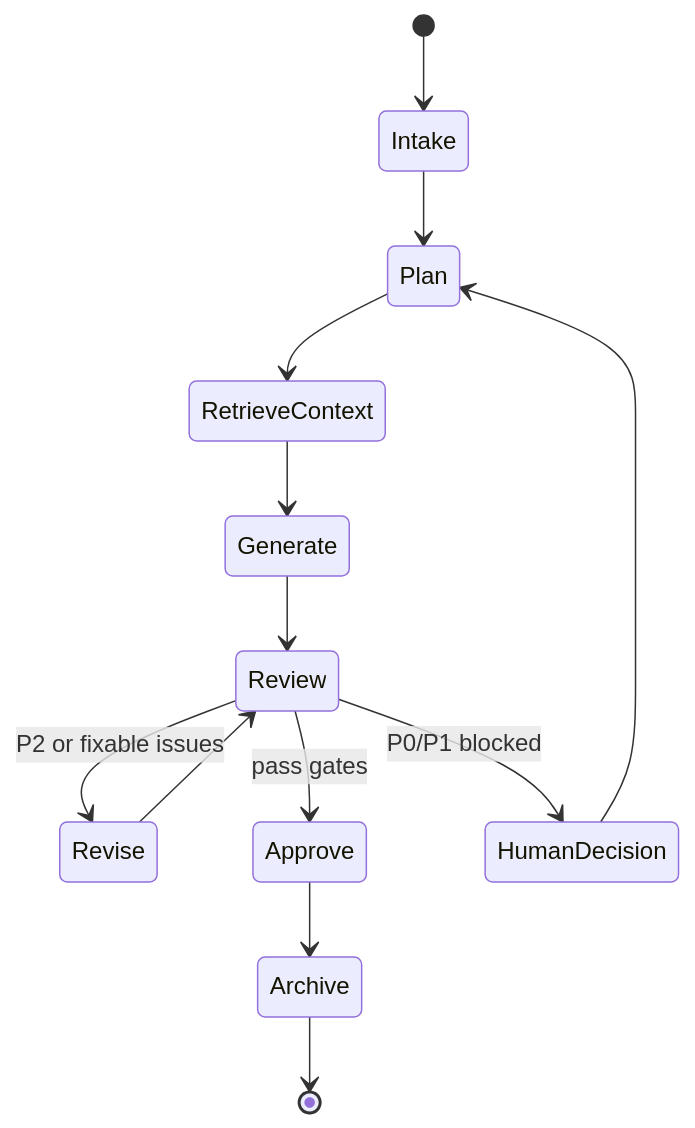
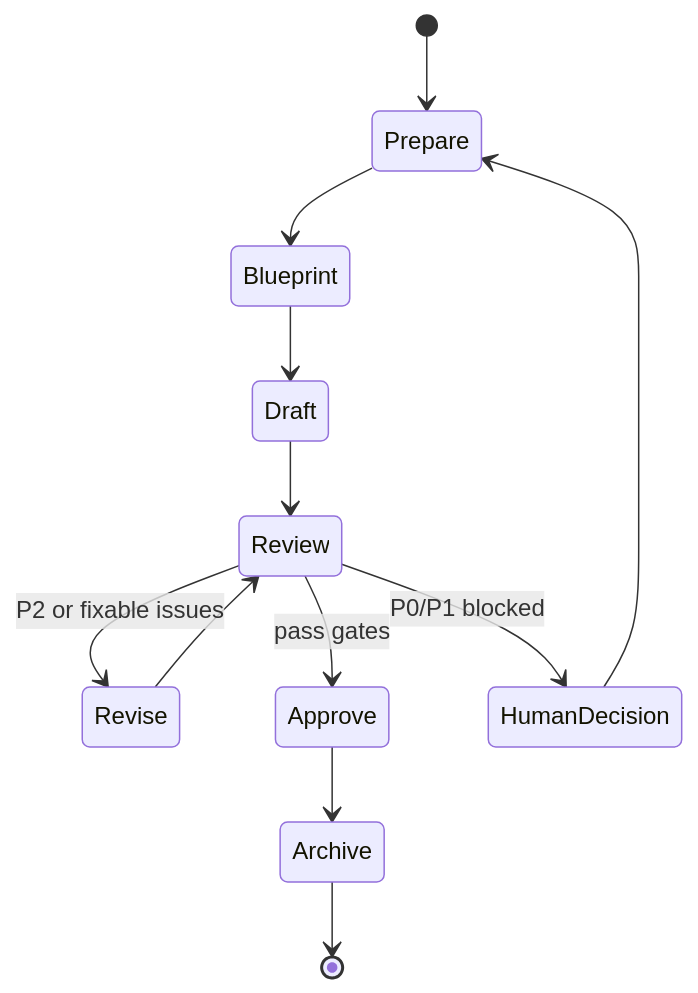
One commit to shunminli/ceo-agent-botmux changed the second of 2 diagrams in docs/novel-creation-agent-team-tech-plan.md. Above: the diagram before and after it, drawn with Mermaid. The commit also changed other lines of this file, not shown here.

````diff
--- a/docs/novel-creation-agent-team-tech-plan.md
+++ b/docs/novel-creation-agent-team-tech-plan.md
@@ -281,15 +166,14 @@
 ```mermaid
 stateDiagram-v2
-  [*] --> Intake
-  Intake --> Plan
-  Plan --> RetrieveContext
-  RetrieveContext --> Generate
-  Generate --> Review
+  [*] --> Prepare
+  Prepare --> Blueprint
+  Blueprint --> Draft
+  Draft --> Review
   Review --> Revise: P2 or fixable issues
   Revise --> Review
   Review --> Approve: pass gates
   Approve --> Archive
   Archive --> [*]
   Review --> HumanDecision: P0/P1 blocked
-  HumanDecision --> Plan
+  HumanDecision --> Prepare
 ```
````
